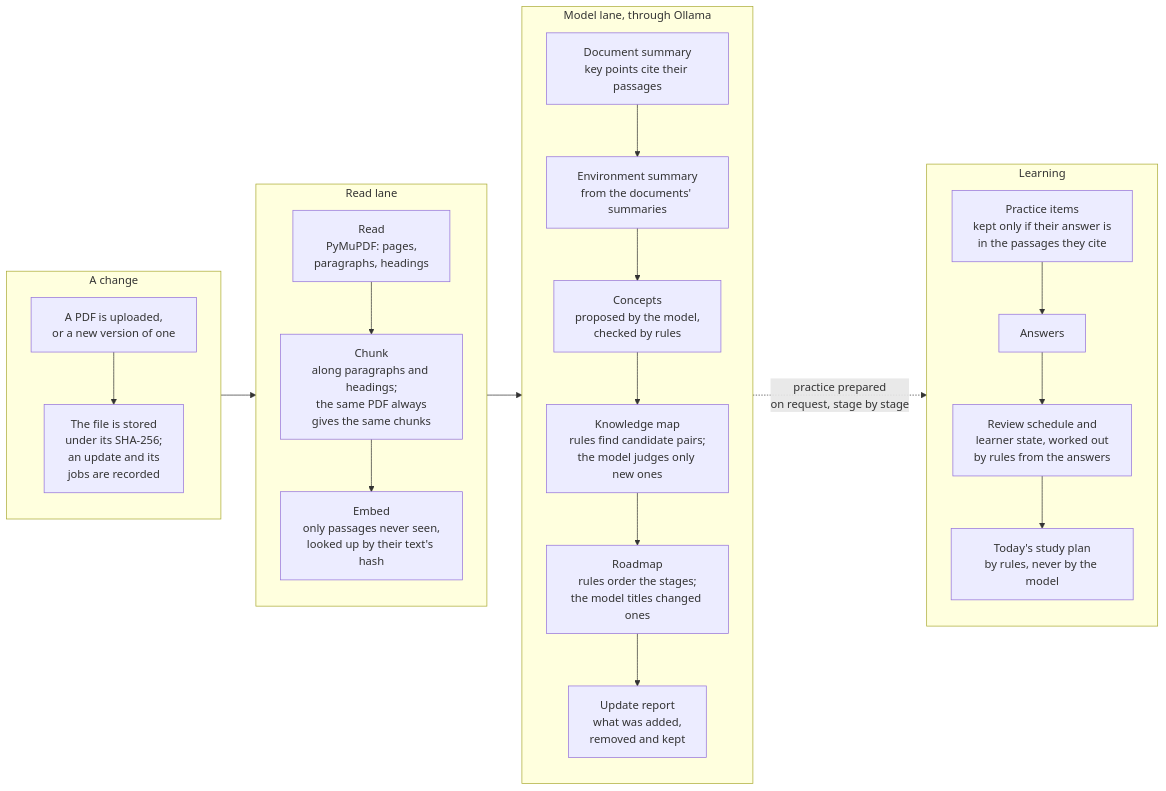
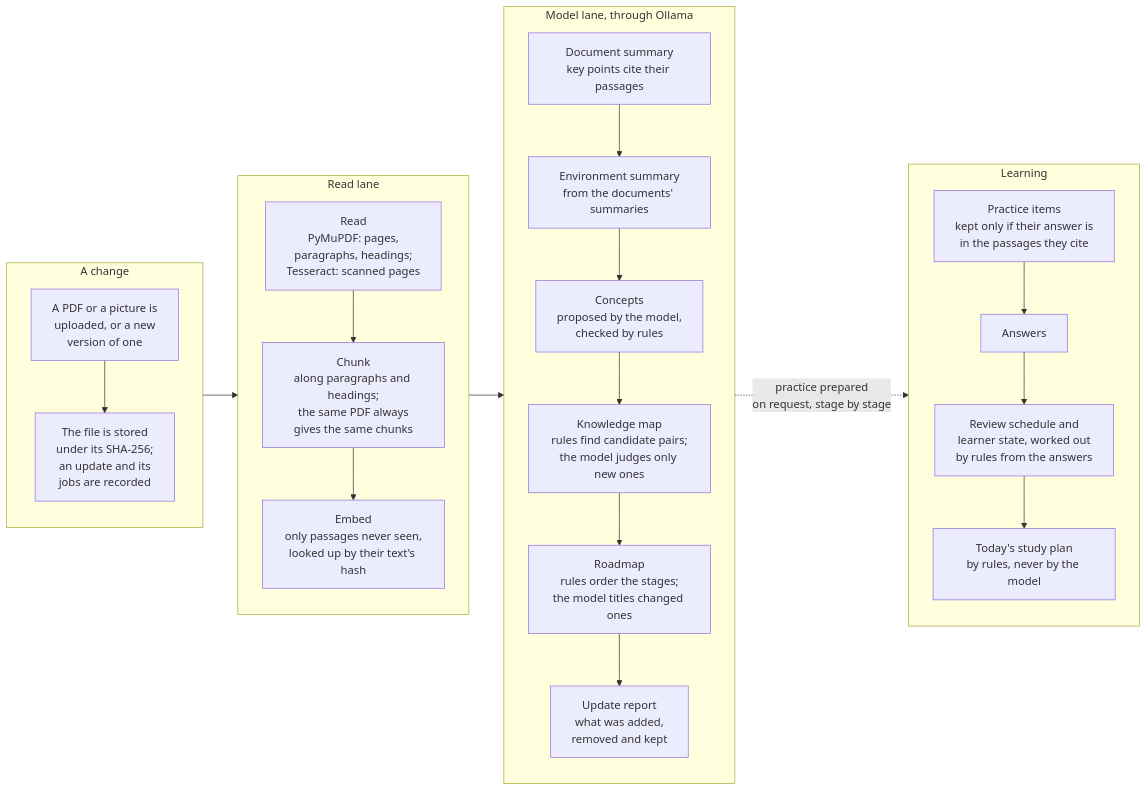
The third of 3 diagrams in README.md (yureiblack/paideia), drawn with Mermaid before and after one commit. The commit also changed other lines of this file and 3 other files, not shown here.

````diff
--- a/README.md
+++ b/README.md
@@ -267,40 +268,40 @@
 ```mermaid
 flowchart LR
     subgraph change["A change"]
         direction TB
-        upload["A PDF is uploaded,<br/>or a new version of one"]
+        upload["A PDF or a picture is<br/>uploaded, or a new<br/>version of one"]
         record["The file is stored<br/>under its SHA-256;<br/>an update and its<br/>jobs are recorded"]
         upload --> record
     end
 
     subgraph readlane["Read lane"]
         direction TB
-        read["Read<br/>PyMuPDF: pages,<br/>paragraphs, headings"]
+        read["Read<br/>PyMuPDF: pages,<br/>paragraphs, headings;<br/>Tesseract: scanned pages"]
         chunk["Chunk<br/>along paragraphs and headings;<br/>the same PDF always<br/>gives the same chunks"]
         embed["Embed<br/>only passages never seen,<br/>looked up by their text's hash"]
         read --> chunk --> embed
     end
 
     subgraph modellane["Model lane, through Ollama"]
         direction TB
         summary["Document summary<br/>key points cite their passages"]
         envsummary["Environment summary<br/>from the documents' summaries"]
         concepts["Concepts<br/>proposed by the model,<br/>checked by rules"]
         kmap["Knowledge map<br/>rules find candidate pairs;<br/>the model judges only new ones"]
         roadmap["Roadmap<br/>rules order the stages;<br/>the model titles changed ones"]
         report["Update report<br/>what was added,<br/>removed and kept"]
         summary --> envsummary --> concepts --> kmap --> roadmap --> report
     end
 
     subgraph learning["Learning"]
         direction TB
         practice["Practice items<br/>kept only if their answer is<br/>in the passages they cite"]
         answers["Answers"]
         schedule["Review schedule and<br/>learner state, worked out<br/>by rules from the answers"]
         plan["Today's study plan<br/>by rules, never by the model"]
         practice --> answers --> schedule --> plan
     end
 
     change --> readlane --> modellane
     modellane -. "practice prepared<br/>on request, stage by stage" .-> learning
 ```
````
